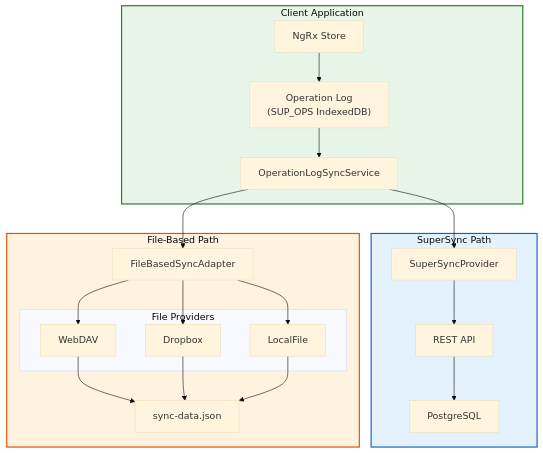
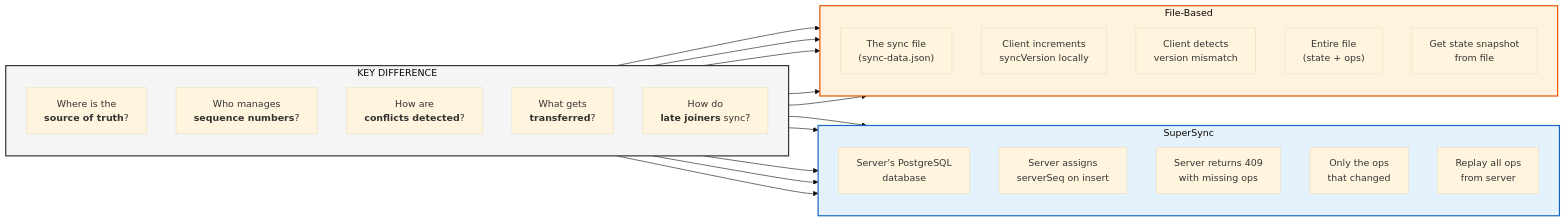
One commit to Swastik023/offline-productivity-desktop changed the second of 9 diagrams in docs/sync-and-op-log/diagrams/07-supersync-vs-file-based.md. Above: the diagram before and after it, drawn with Mermaid (base theme). The commit also changed other lines of this file, not shown here.

First line of the commit message:
docs: enhance SuperSync vs file-based comparison with detailed diagrams

````diff
--- a/docs/sync-and-op-log/diagrams/07-supersync-vs-file-based.md
+++ b/docs/sync-and-op-log/diagrams/07-supersync-vs-file-based.md
@@ -10,47 +59,44 @@
 ```mermaid
-flowchart TB
-    subgraph Client["Client Application"]
-        NgRx["NgRx Store"]
-        OpLog["Operation Log<br/>(SUP_OPS IndexedDB)"]
-        SyncService["OperationLogSyncService"]
+graph LR
+    subgraph Concept["KEY DIFFERENCE"]
+        direction TB
+        C1["Where is the<br/><b>source of truth</b>?"]
+        C2["Who manages<br/><b>sequence numbers</b>?"]
+        C3["How are<br/><b>conflicts detected</b>?"]
+        C4["What gets<br/><b>transferred</b>?"]
+        C5["How do<br/><b>late joiners</b> sync?"]
     end
 
-    subgraph SuperSyncPath["SuperSync Path"]
-        SSAdapter["SuperSyncProvider"]
-        SSApi["REST API"]
-        SSPG["PostgreSQL"]
+    subgraph SSAnswer["SuperSync"]
+        direction TB
+        A1["Server's PostgreSQL<br/>database"]
+        A2["Server assigns<br/>serverSeq on insert"]
+        A3["Server returns 409<br/>with missing ops"]
+        A4["Only the ops<br/>that changed"]
+        A5["Replay all ops<br/>from server"]
     end
 
-    subgraph FileBasedPath["File-Based Path"]
-        FBAdapter["FileBasedSyncAdapter"]
-
-        subgraph Providers["File Providers"]
-            WebDAV["WebDAV"]
-            Dropbox["Dropbox"]
-            LocalFile["LocalFile"]
-        end
-
-        SyncFile["sync-data.json"]
+    subgraph FBAnswer["File-Based"]
+        direction TB
+        B1["The sync file<br/>(sync-data.json)"]
+        B2["Client increments<br/>syncVersion locally"]
+        B3["Client detects<br/>version mismatch"]
+        B4["Entire file<br/>(state + ops)"]
+        B5["Get state snapshot<br/>from file"]
     end
 
-    NgRx --> OpLog
-    OpLog --> SyncService
+    C1 --> A1
+    C1 --> B1
+    C2 --> A2
+    C2 --> B2
+    C3 --> A3
+    C3 --> B3
+    C4 --> A4
+    C4 --> B4
+    C5 --> A5
+    C5 --> B5
 
-    SyncService --> SSAdapter
-    SyncService --> FBAdapter
-
-    SSAdapter --> SSApi
-    SSApi --> SSPG
-
-    FBAdapter --> WebDAV
-    FBAdapter --> Dropbox
-    FBAdapter --> LocalFile
-
-    WebDAV --> SyncFile
-    Dropbox --> SyncFile
-    LocalFile --> SyncFile
-
-    style SuperSyncPath fill:#e3f2fd,stroke:#1565c0,stroke-width:2px
-    style FileBasedPath fill:#fff3e0,stroke:#e65100,stroke-width:2px
-    style Client fill:#e8f5e9,stroke:#2e7d32,stroke-width:2px
+    style Concept fill:#f5f5f5,stroke:#333,stroke-width:2px
+    style SSAnswer fill:#e3f2fd,stroke:#1565c0,stroke-width:2px
+    style FBAnswer fill:#fff3e0,stroke:#e65100,stroke-width:2px
 ```
````
